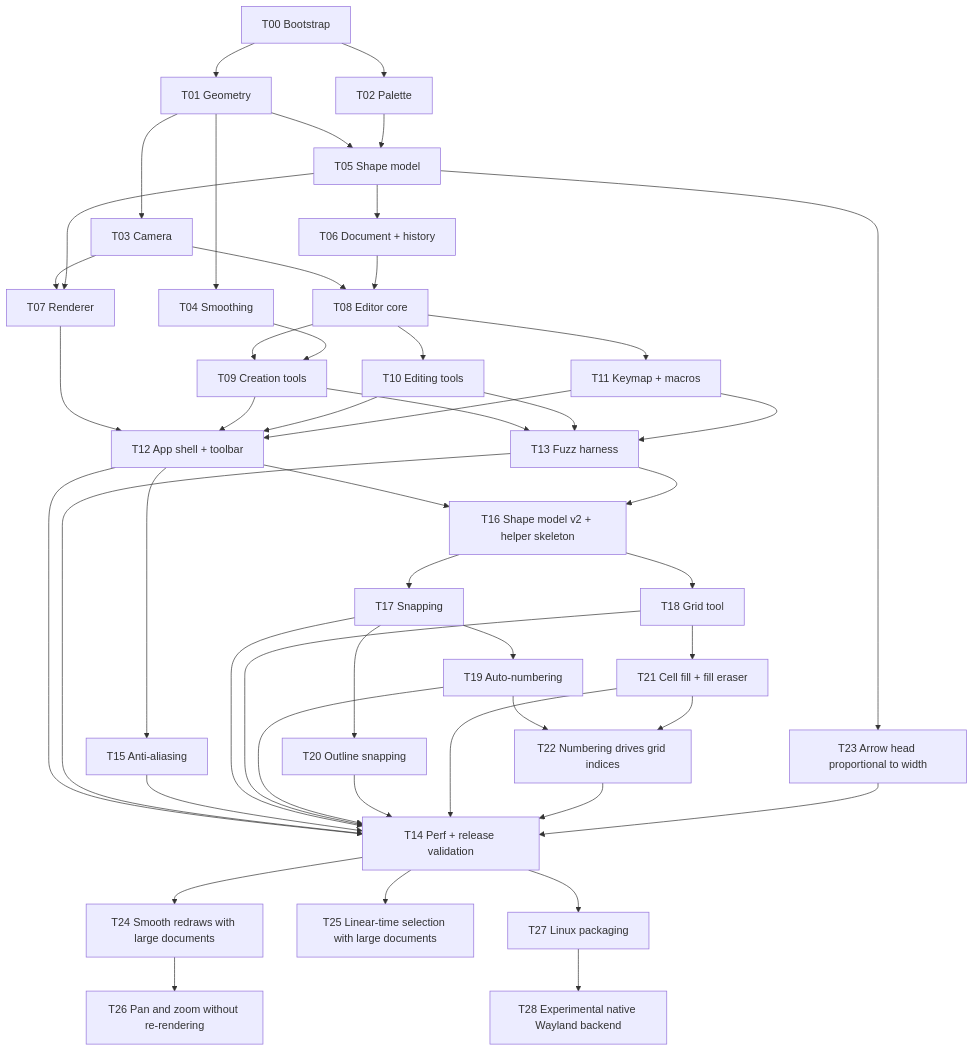
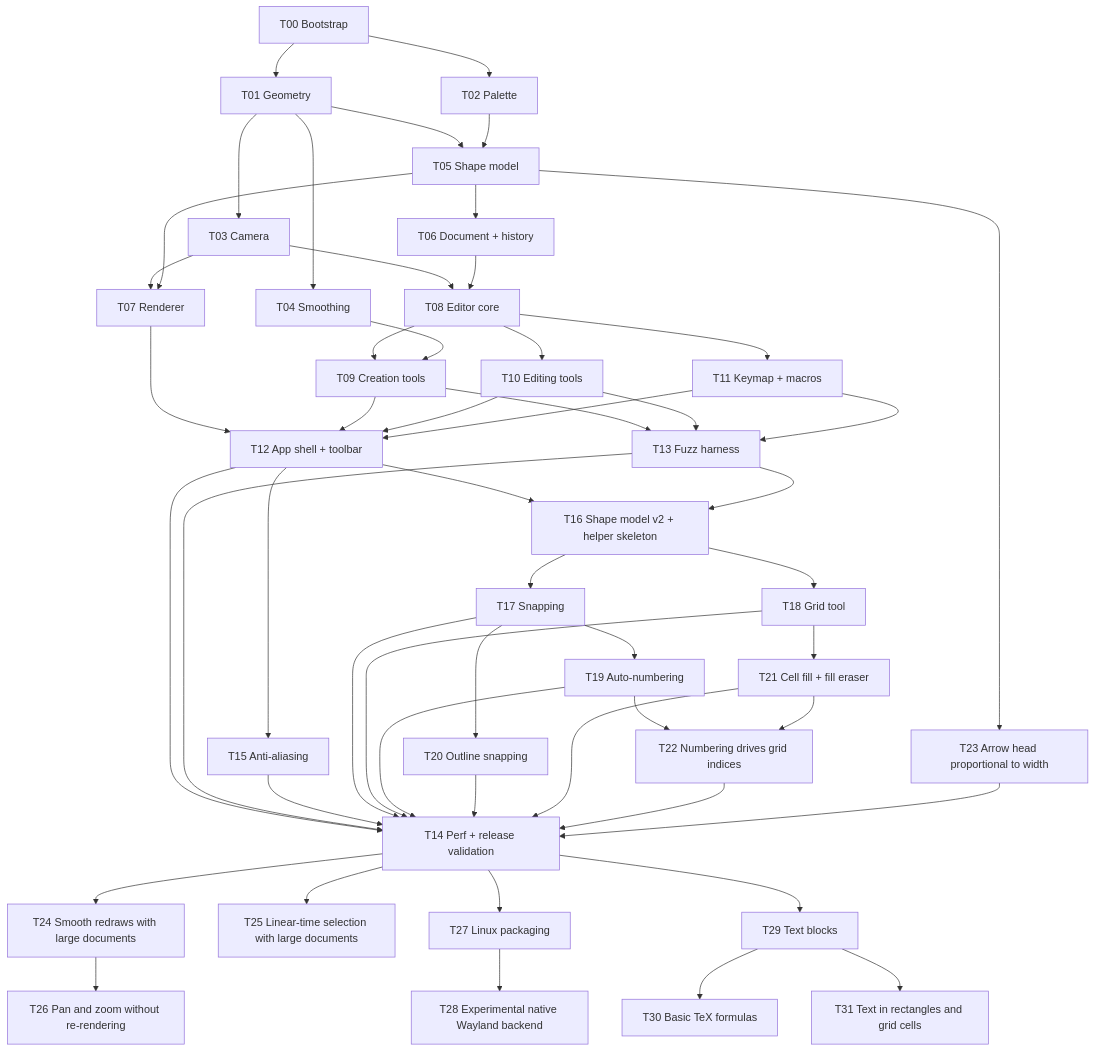
One commit to UmBender/draw changed the diagram in docs/tasks/Task Board.md. Above: the diagram before and after it, drawn with Mermaid. The commit also changed other lines of this file and 3 other files, not shown here.

````diff
--- a/docs/tasks/Task Board.md
+++ b/docs/tasks/Task Board.md
@@ -12,51 +12,54 @@
 ```mermaid
 flowchart TD
   T00[T00 Bootstrap] --> T01[T01 Geometry]
   T00 --> T02[T02 Palette]
   T01 --> T03[T03 Camera]
   T01 --> T04[T04 Smoothing]
   T01 --> T05[T05 Shape model]
   T02 --> T05
   T05 --> T06[T06 Document + history]
   T03 --> T07[T07 Renderer]
   T05 --> T07
   T03 --> T08[T08 Editor core]
   T06 --> T08
   T08 --> T09[T09 Creation tools]
   T04 --> T09
   T08 --> T10[T10 Editing tools]
   T08 --> T11[T11 Keymap + macros]
   T07 --> T12[T12 App shell + toolbar]
   T09 --> T12
   T10 --> T12
   T11 --> T12
   T09 --> T13[T13 Fuzz harness]
   T10 --> T13
   T11 --> T13
   T12 --> T14[T14 Perf + release validation]
   T13 --> T14
   T12 --> T15[T15 Anti-aliasing]
   T12 --> T16[T16 Shape model v2 + helper skeleton]
   T13 --> T16
   T16 --> T17[T17 Snapping]
   T16 --> T18[T18 Grid tool]
   T17 --> T19[T19 Auto-numbering]
   T17 --> T20[T20 Outline snapping]
   T15 --> T14
   T17 --> T14
   T18 --> T14
   T19 --> T14
   T20 --> T14
   T18 --> T21[T21 Cell fill + fill eraser]
   T21 --> T14
   T19 --> T22[T22 Numbering drives grid indices]
   T21 --> T22
   T22 --> T14
   T05 --> T23[T23 Arrow head proportional to width]
   T23 --> T14
   T14 --> T24[T24 Smooth redraws with large documents]
   T14 --> T25[T25 Linear-time selection with large documents]
   T24 --> T26[T26 Pan and zoom without re-rendering]
   T14 --> T27[T27 Linux packaging]
   T27 --> T28[T28 Experimental native Wayland backend]
+  T14 --> T29[T29 Text blocks]
+  T29 --> T30[T30 Basic TeX formulas]
+  T29 --> T31[T31 Text in rectangles and grid cells]
 ```
````
